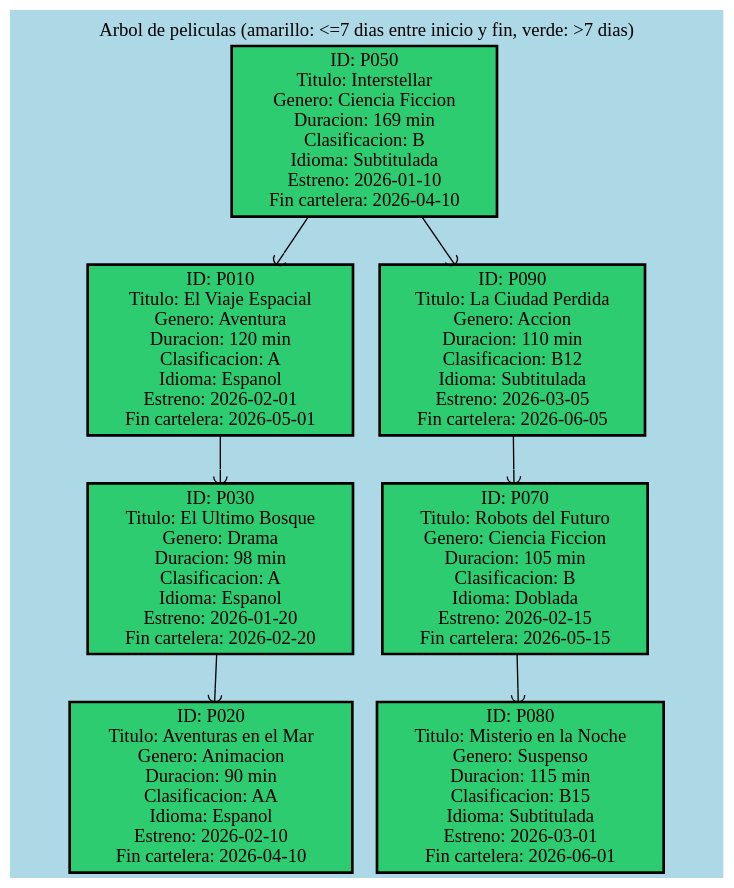
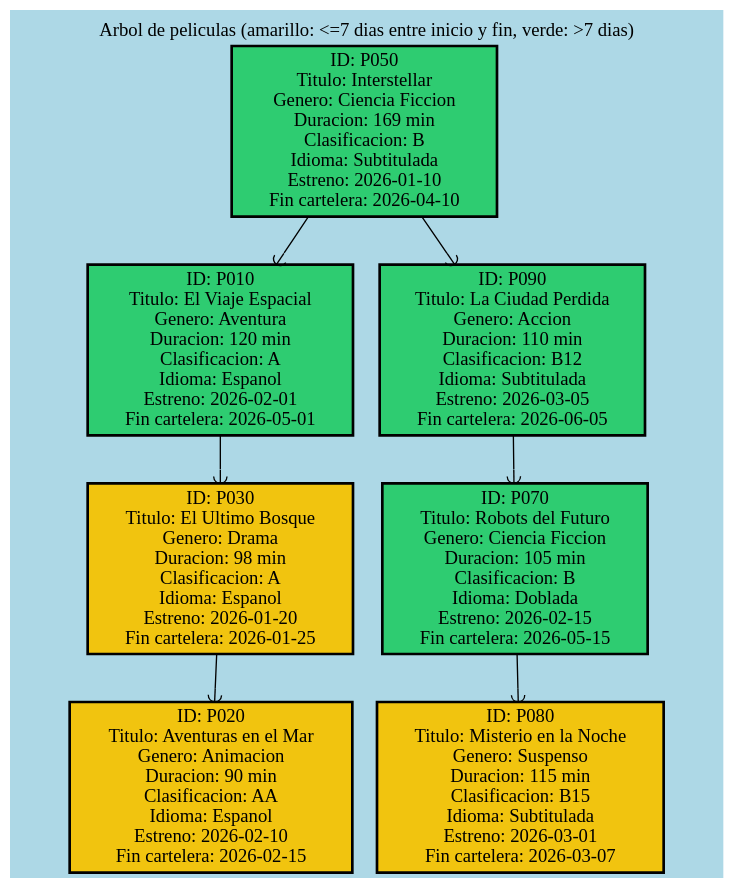
One commit to MynorCanel/EDD_2S2026_PY_202307548 changed the diagram in EDD_Fase2/ProyectoF2/reportes/arbol.dot. Above: the diagram before and after it, drawn with Graphviz. The commit also changed 53 other files, not shown here.

```diff
--- a/EDD_Fase2/ProyectoF2/reportes/arbol.dot
+++ b/EDD_Fase2/ProyectoF2/reportes/arbol.dot
@@ -1,20 +1,20 @@
 digraph ArbolBinarioDeBusqueda {
 bgcolor=lightblue;
 label="Arbol de peliculas (amarillo: <=7 dias entre inicio y fin, verde: >7 dias)";
 labelloc=t;
 Node [shape=square, style=filled, fillcolor=beige, color=black, penwidth=2];
 edge [splines=polyline, arrowhead=curve];
 nodo_P010 [label="ID: P010\nTitulo: El Viaje Espacial\nGenero: Aventura\nDuracion: 120 min\nClasificacion: A\nIdioma: Espanol\nEstreno: 2026-02-01\nFin cartelera: 2026-05-01", shape=box, style=filled, fillcolor="#2ecc71"];
 nodo_P010 -> nodo_P030;
-nodo_P020 [label="ID: P020\nTitulo: Aventuras en el Mar\nGenero: Animacion\nDuracion: 90 min\nClasificacion: AA\nIdioma: Espanol\nEstreno: 2026-02-10\nFin cartelera: 2026-04-10", shape=box, style=filled, fillcolor="#2ecc71"];
-nodo_P030 [label="ID: P030\nTitulo: El Ultimo Bosque\nGenero: Drama\nDuracion: 98 min\nClasificacion: A\nIdioma: Espanol\nEstreno: 2026-01-20\nFin cartelera: 2026-02-20", shape=box, style=filled, fillcolor="#2ecc71"];
+nodo_P020 [label="ID: P020\nTitulo: Aventuras en el Mar\nGenero: Animacion\nDuracion: 90 min\nClasificacion: AA\nIdioma: Espanol\nEstreno: 2026-02-10\nFin cartelera: 2026-02-15", shape=box, style=filled, fillcolor="#f1c40f"];
+nodo_P030 [label="ID: P030\nTitulo: El Ultimo Bosque\nGenero: Drama\nDuracion: 98 min\nClasificacion: A\nIdioma: Espanol\nEstreno: 2026-01-20\nFin cartelera: 2026-01-25", shape=box, style=filled, fillcolor="#f1c40f"];
 nodo_P030 -> nodo_P020;
 nodo_P050 [label="ID: P050\nTitulo: Interstellar\nGenero: Ciencia Ficcion\nDuracion: 169 min\nClasificacion: B\nIdioma: Subtitulada\nEstreno: 2026-01-10\nFin cartelera: 2026-04-10", shape=box, style=filled, fillcolor="#2ecc71"];
 nodo_P050 -> nodo_P010;
 nodo_P050 -> nodo_P090;
 nodo_P070 [label="ID: P070\nTitulo: Robots del Futuro\nGenero: Ciencia Ficcion\nDuracion: 105 min\nClasificacion: B\nIdioma: Doblada\nEstreno: 2026-02-15\nFin cartelera: 2026-05-15", shape=box, style=filled, fillcolor="#2ecc71"];
 nodo_P070 -> nodo_P080;
-nodo_P080 [label="ID: P080\nTitulo: Misterio en la Noche\nGenero: Suspenso\nDuracion: 115 min\nClasificacion: B15\nIdioma: Subtitulada\nEstreno: 2026-03-01\nFin cartelera: 2026-06-01", shape=box, style=filled, fillcolor="#2ecc71"];
+nodo_P080 [label="ID: P080\nTitulo: Misterio en la Noche\nGenero: Suspenso\nDuracion: 115 min\nClasificacion: B15\nIdioma: Subtitulada\nEstreno: 2026-03-01\nFin cartelera: 2026-03-07", shape=box, style=filled, fillcolor="#f1c40f"];
 nodo_P090 [label="ID: P090\nTitulo: La Ciudad Perdida\nGenero: Accion\nDuracion: 110 min\nClasificacion: B12\nIdioma: Subtitulada\nEstreno: 2026-03-05\nFin cartelera: 2026-06-05", shape=box, style=filled, fillcolor="#2ecc71"];
 nodo_P090 -> nodo_P070;
 }
```
